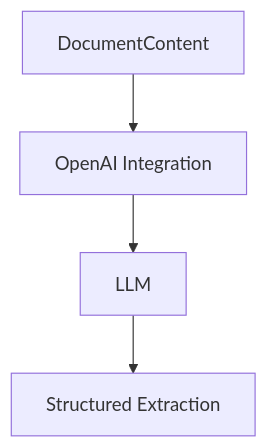
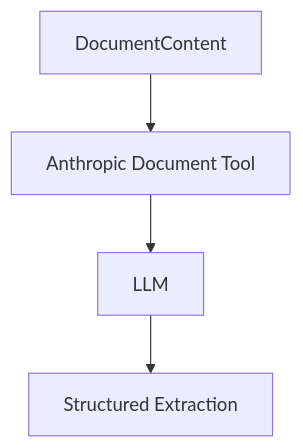
One commit to velascode64/equi-document-intelligence-web-app changed the seventh of 10 diagrams in docs/product-definitions/technical_architecture.md. Above: the diagram before and after it, drawn with Mermaid. The commit also changed other lines of this file and 6 other files, not shown here.

Commit message:
Add Google Drive sync analyzer flow

````diff
--- a/docs/product-definitions/technical_architecture.md
+++ b/docs/product-definitions/technical_architecture.md
@@ -442,6 +440,6 @@
 ```mermaid
 flowchart TD
-    A[DocumentContent] --> B[OpenAI Integration]
+    A[DocumentContent] --> B[Anthropic Document Tool]
     B --> C[LLM]
     C --> D[Structured Extraction]
 ```
````
